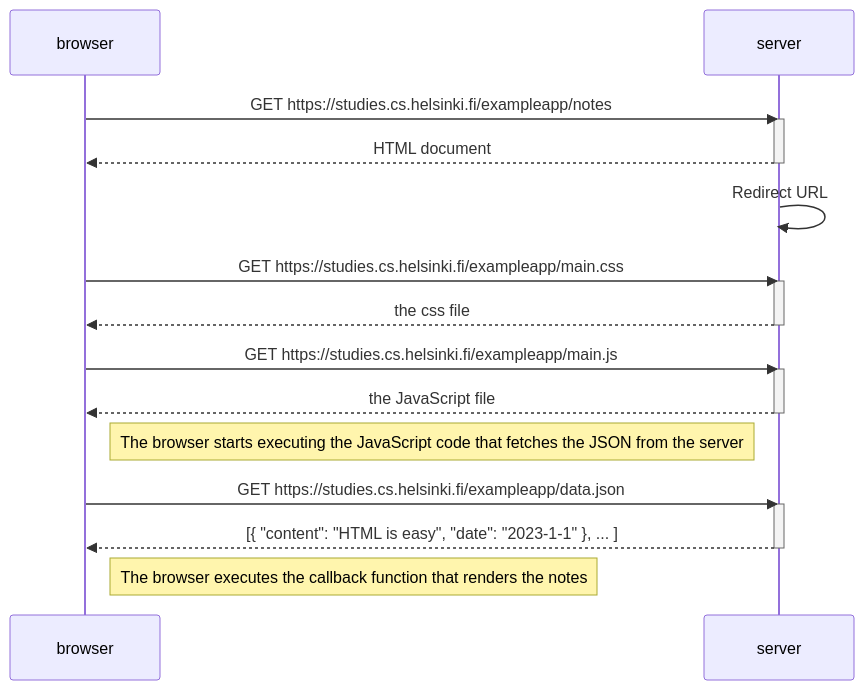
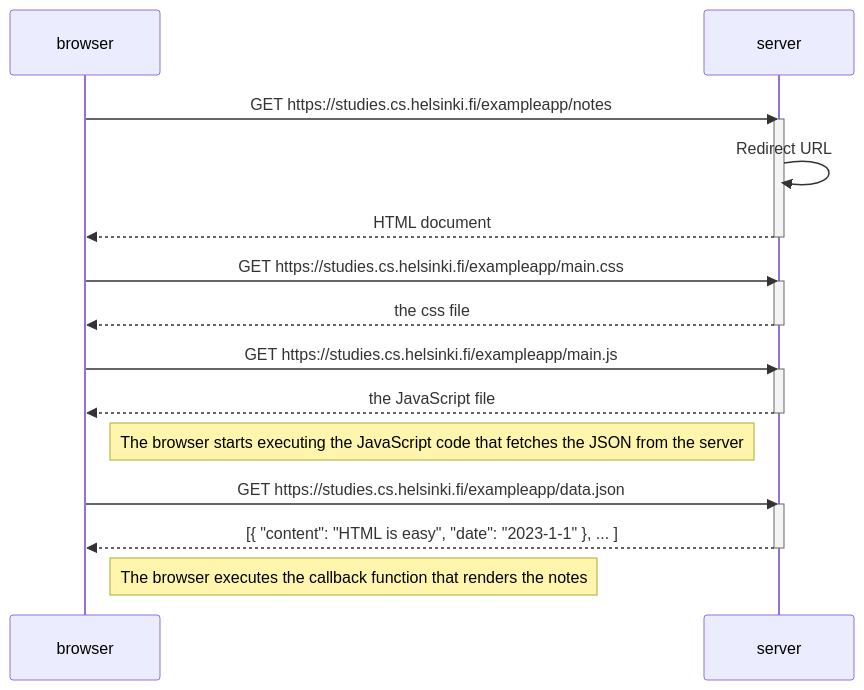
One commit to joshitobuba/example_app changed the diagram in part0/exercise_0_4.md. Above: the diagram before and after it, drawn with Mermaid.

````diff
--- a/part0/exercise_0_4.md
+++ b/part0/exercise_0_4.md
@@ -1,31 +1,30 @@
 ```mermaid
   sequenceDiagram
     participant browser
     participant server
 
     browser->>server: GET https://studies.cs.helsinki.fi/exampleapp/notes
     activate server
+    server->>server: Redirect URL
     server-->>browser: HTML document
     deactivate server
-
-    server->>server: Redirect URL
 
     browser->>server: GET https://studies.cs.helsinki.fi/exampleapp/main.css
     activate server
     server-->>browser: the css file
     deactivate server
 
     browser->>server: GET https://studies.cs.helsinki.fi/exampleapp/main.js
     activate server
     server-->>browser: the JavaScript file
     deactivate server
 
     Note right of browser: The browser starts executing the JavaScript code that fetches the JSON from the server
 
     browser->>server: GET https://studies.cs.helsinki.fi/exampleapp/data.json
     activate server
     server-->>browser: [{ "content": "HTML is easy", "date": "2023-1-1" }, ... ]
     deactivate server
 
     Note right of browser: The browser executes the callback function that renders the notes
 ```
````
